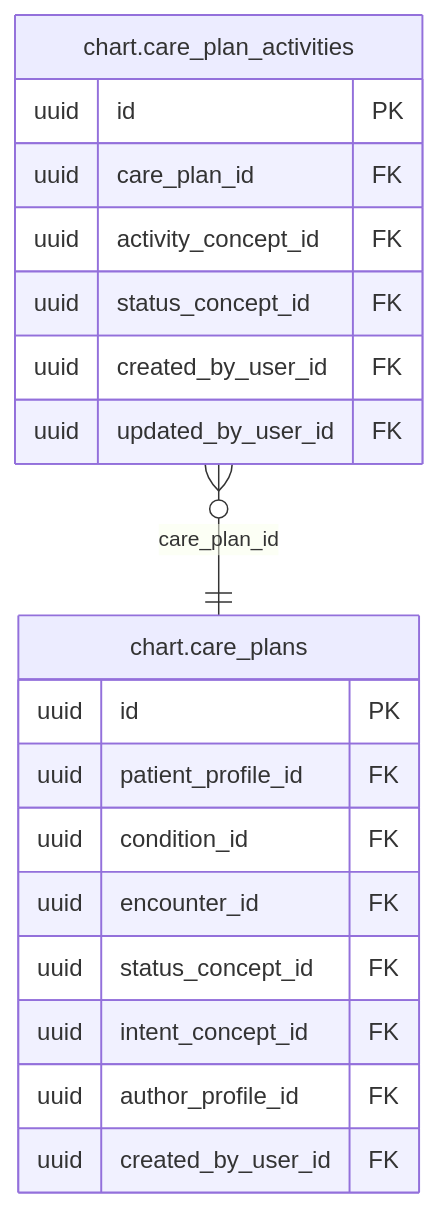
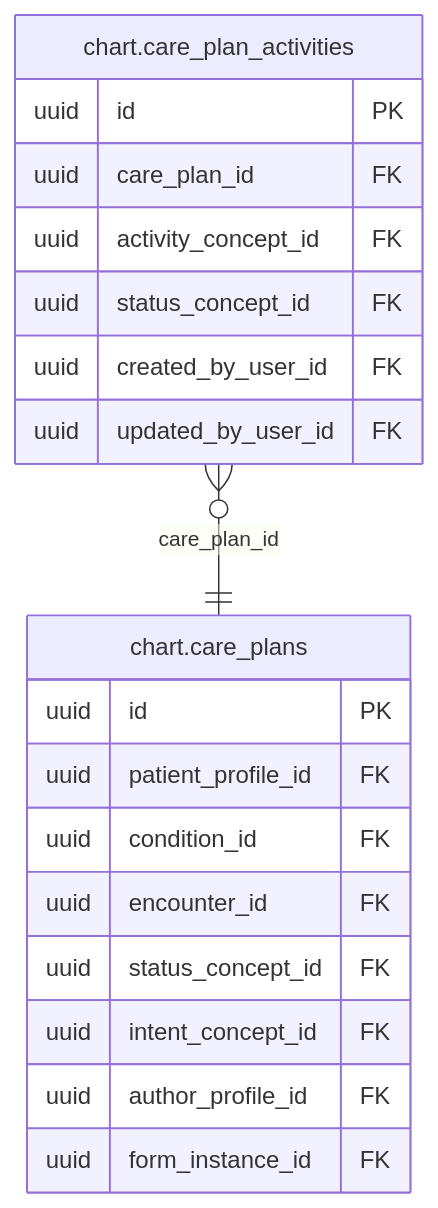
The second of 4 diagrams in docs/inventario/catalogo/chart.md (mdavila-2001/mantra-core-health-api), drawn with Mermaid before and after one commit. The commit also changed other lines of this file and 1040 other files, not shown here.

````diff
--- a/docs/inventario/catalogo/chart.md
+++ b/docs/inventario/catalogo/chart.md
@@ -85,22 +85,22 @@
 ```mermaid
 erDiagram
   chart_care_plan_activities["chart.care_plan_activities"] {
     uuid id PK
     uuid care_plan_id FK
     uuid activity_concept_id FK
     uuid status_concept_id FK
     uuid created_by_user_id FK
     uuid updated_by_user_id FK
   }
   chart_care_plans["chart.care_plans"] {
     uuid id PK
     uuid patient_profile_id FK
     uuid condition_id FK
     uuid encounter_id FK
     uuid status_concept_id FK
     uuid intent_concept_id FK
     uuid author_profile_id FK
-    uuid created_by_user_id FK
+    uuid form_instance_id FK
   }
   chart_care_plan_activities }o--|| chart_care_plans : "care_plan_id"
 ```
````
